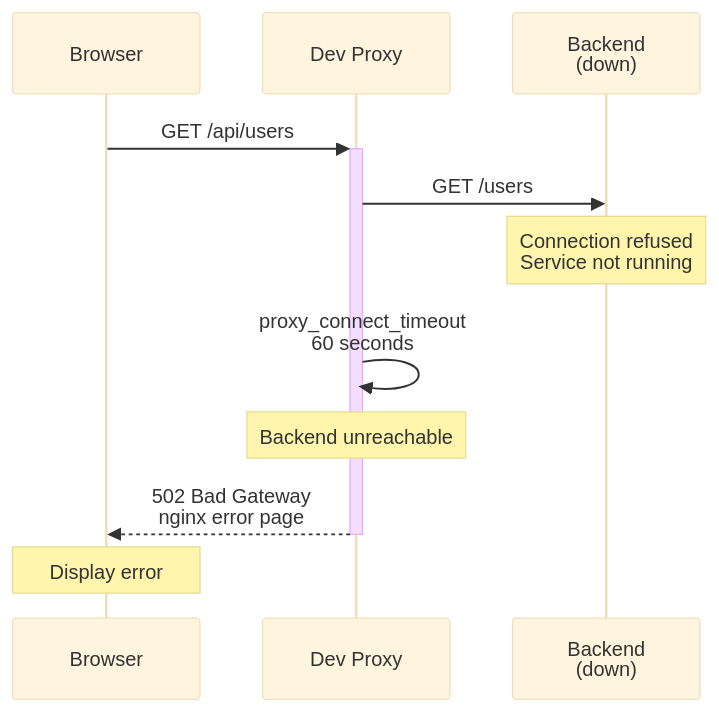
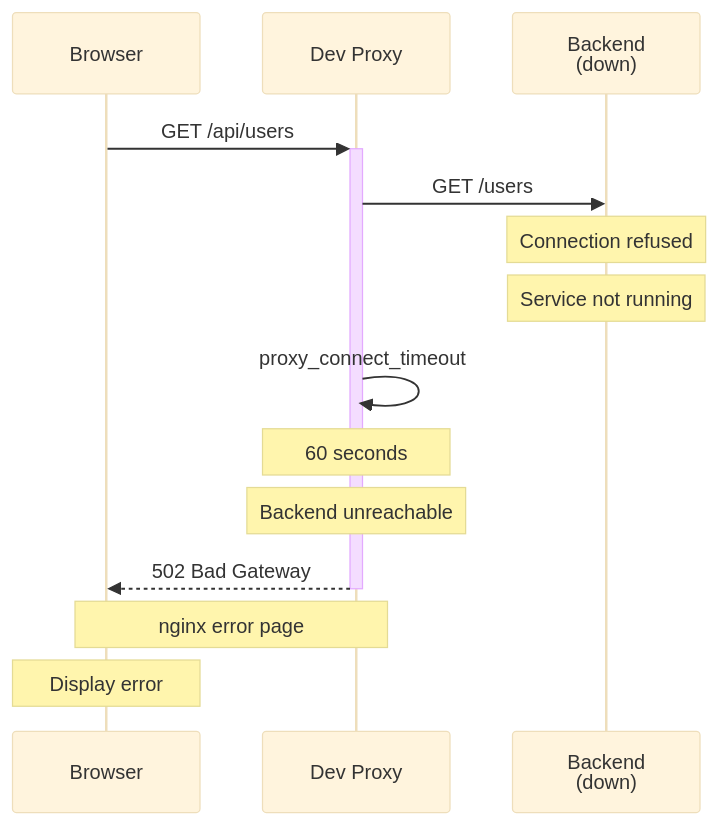
One commit to softwarewrighter/dev-proxy changed the fifth of 9 diagrams in wiki/Request-Flow.md. Above: the diagram before and after it, drawn with Mermaid (base theme). The commit also changed other lines of this file, not shown here.

First line of the commit message:
Fix all broken Mermaid sequence diagrams in Request-Flow.md

````diff
--- a/wiki/Request-Flow.md
+++ b/wiki/Request-Flow.md
@@ -195,19 +217,22 @@
 ```mermaid
 sequenceDiagram
     participant Browser
     participant DevProxy as Dev Proxy
     participant Backend as Backend<br/>(down)
 
     Browser->>+DevProxy: GET /api/users
 
     DevProxy->>Backend: GET /users
-    Note over Backend: Connection refused<br/>Service not running
+    Note over Backend: Connection refused
+    Note over Backend: Service not running
 
-    DevProxy->>DevProxy: proxy_connect_timeout<br/>60 seconds
+    DevProxy->>DevProxy: proxy_connect_timeout
+    Note over DevProxy: 60 seconds
 
     Note over DevProxy: Backend unreachable
 
-    DevProxy-->>-Browser: 502 Bad Gateway<br/>nginx error page
+    DevProxy-->>-Browser: 502 Bad Gateway
+    Note over DevProxy,Browser: nginx error page
 
     Note over Browser: Display error
 ```
````
